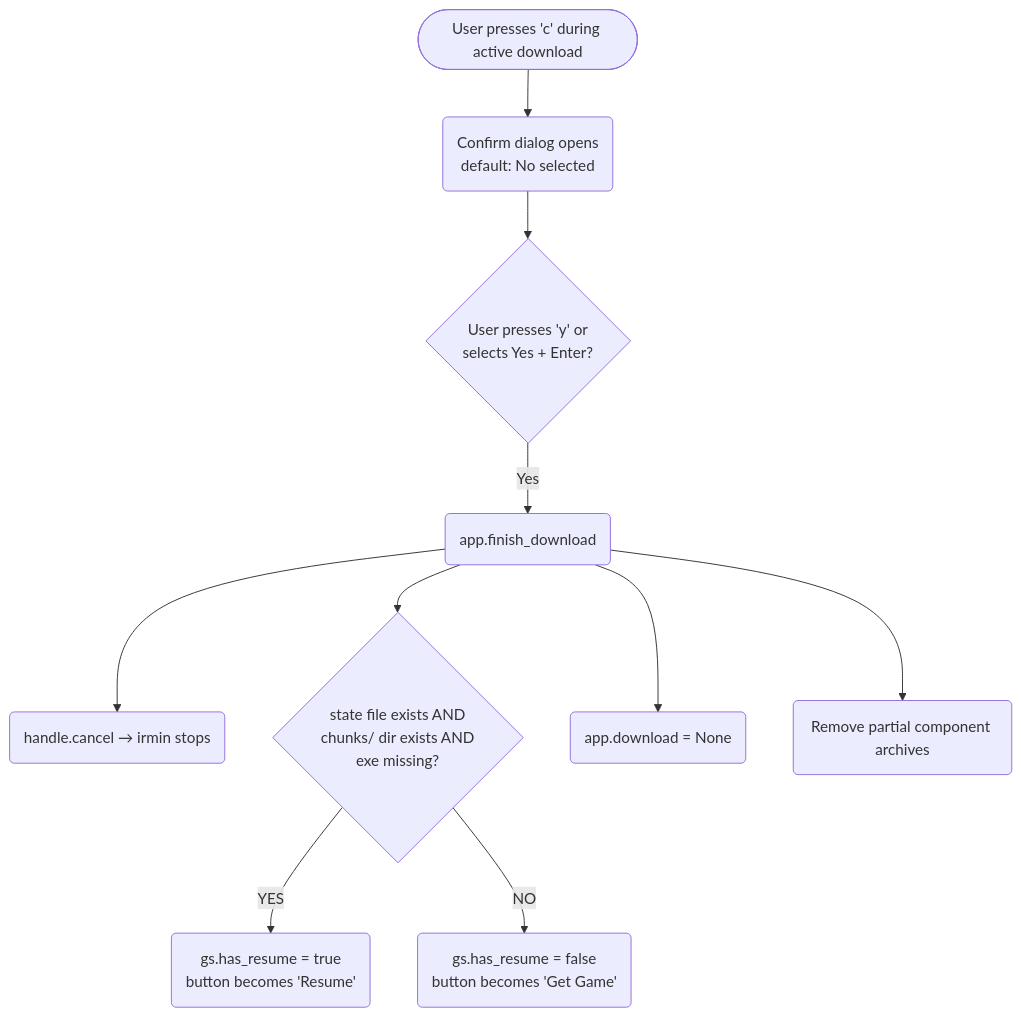
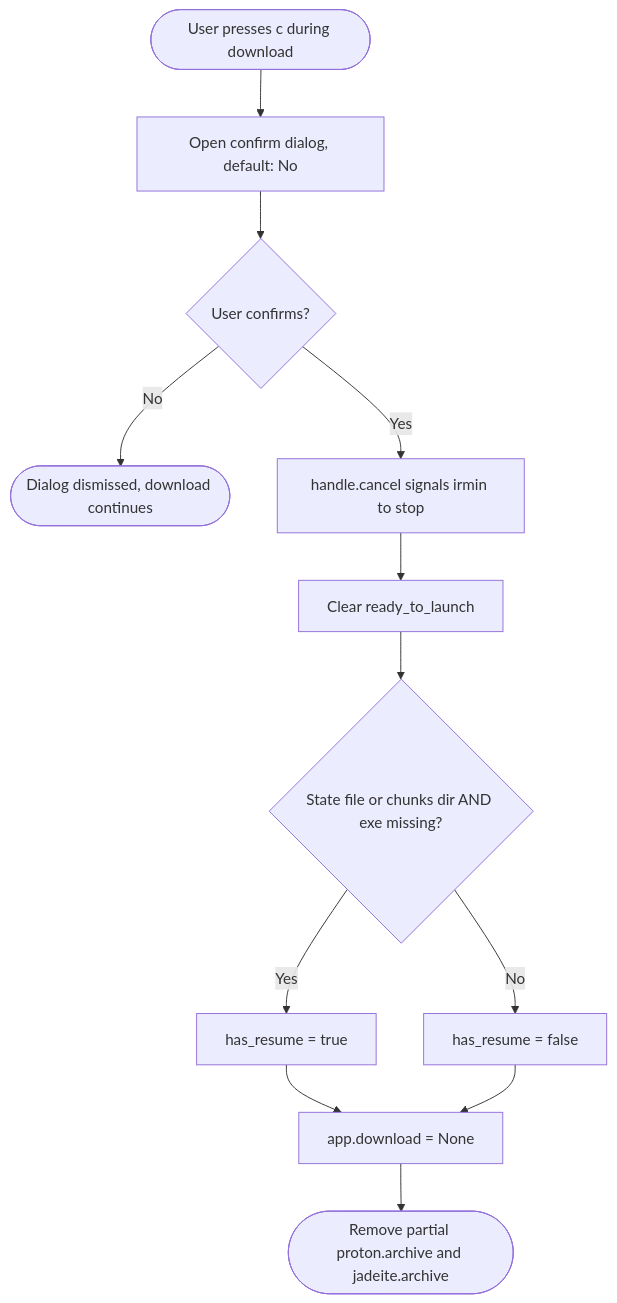
Before and after one commit to ChakornK/elysiae-tui: diagram 13 of 21 in UX.md, drawn with Mermaid. The commit also changed other lines of this file, not shown here.

````diff
--- a/UX.md
+++ b/UX.md
@@ -326,12 +335,14 @@
 ```mermaid
 flowchart TD
-    A([User presses 'c' during active download]) --> B(Confirm dialog opens<br/>default: No selected)
-    B --> C{User presses 'y' or<br/>selects Yes + Enter?}
-    C -->|Yes| D(app.finish_download)
-    D --> E(handle.cancel → irmin stops)
-    D --> F{state file exists AND<br/>chunks/ dir exists AND<br/>exe missing?}
-    F -->|YES| G(gs.has_resume = true<br/>button becomes 'Resume')
-    F -->|NO| H(gs.has_resume = false<br/>button becomes 'Get Game')
-    D --> I(app.download = None)
-    D --> J(Remove partial component archives)
+    Press([User presses c during download]) --> Dialog[Open confirm dialog, default: No]
+    Dialog --> Confirmed{User confirms?}
+    Confirmed -->|No| Dismiss([Dialog dismissed, download continues])
+    Confirmed -->|Yes| CancelHandle[handle.cancel signals irmin to stop]
+    CancelHandle --> ClearReady[Clear ready_to_launch]
+    ClearReady --> CheckResume{State file or chunks dir AND exe missing?}
+    CheckResume -->|Yes| SetResume[has_resume = true]
+    CheckResume -->|No| SetNoResume[has_resume = false]
+    SetResume --> ClearDL[app.download = None]
+    SetNoResume --> ClearDL
+    ClearDL --> CleanArchives([Remove partial proton.archive and jadeite.archive])
 ```
````
